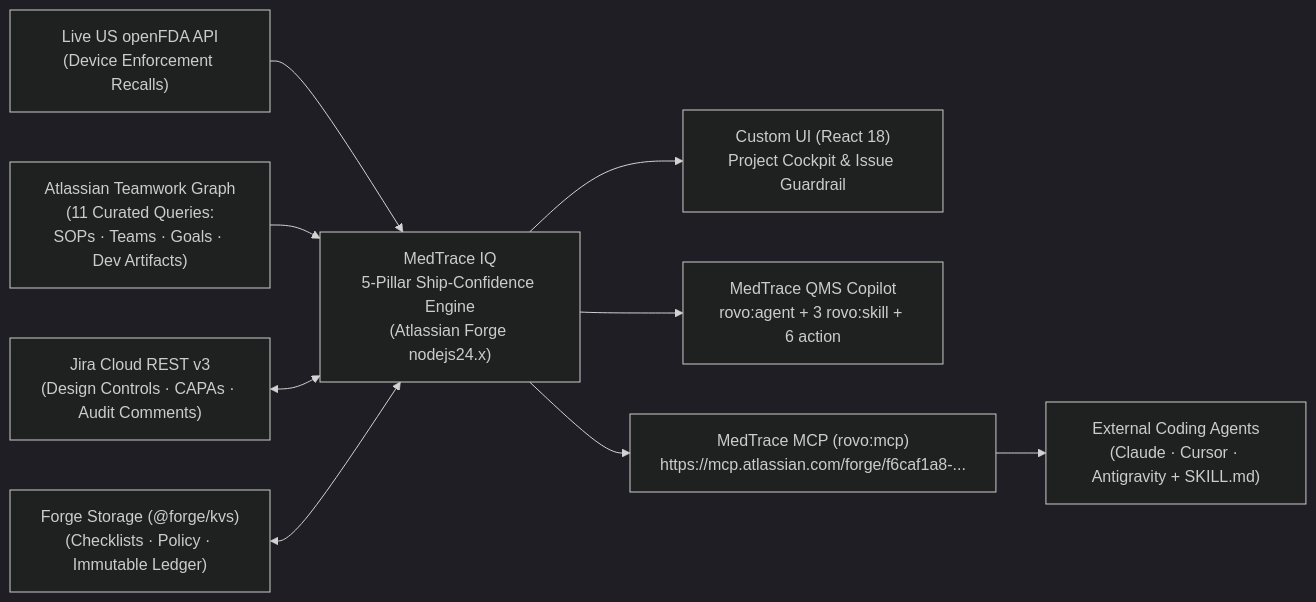
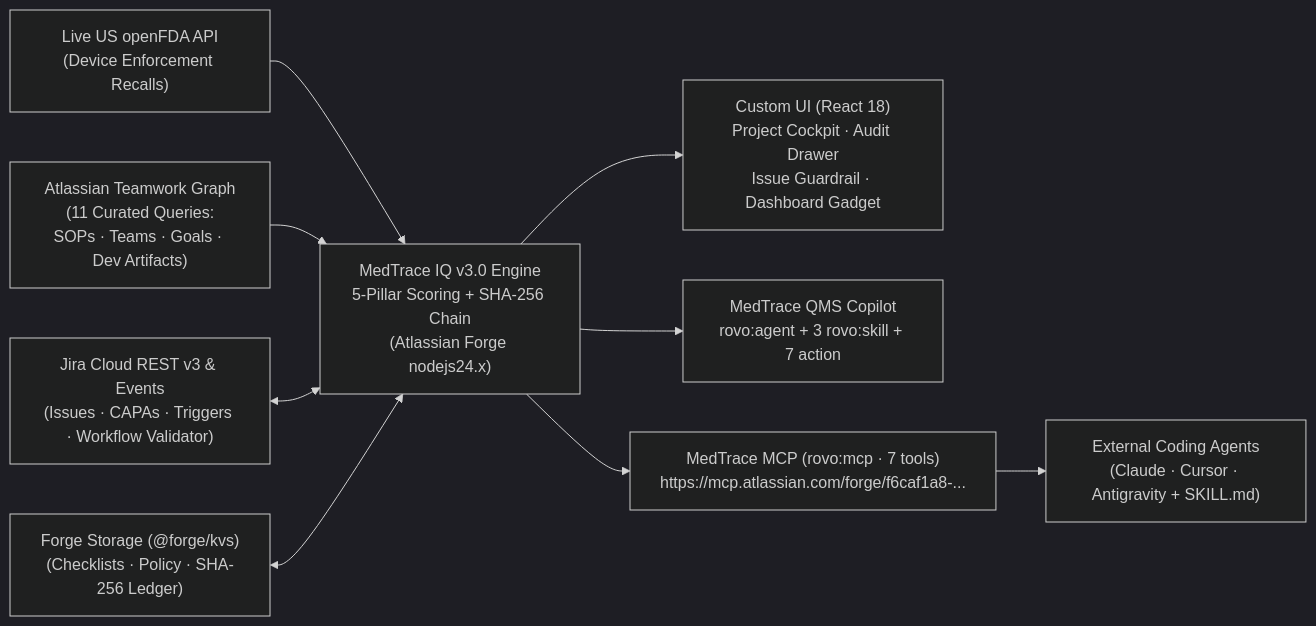
The diagram in README.md (orvenant/medtrace-iq), drawn with Mermaid (dark theme) before and after one commit. The commit also changed other lines of this file and 27 other files, not shown here.

Commit message:
feat(v3.0.0): autonomous openFDA trigger, 21 CFR Part 11 SHA-256 chain, workflow release gate, executive gadget, risk matrix & audit drawer

````diff
--- a/README.md
+++ b/README.md
@@ -64,11 +70,11 @@
 ```mermaid
 flowchart LR
-  FDA["Live US openFDA API\n(Device Enforcement Recalls)"] --> ENG["MedTrace IQ\n5-Pillar Ship-Confidence Engine\n(Atlassian Forge nodejs24.x)"]
+  FDA["Live US openFDA API\n(Device Enforcement Recalls)"] --> ENG["MedTrace IQ v3.0 Engine\n5-Pillar Scoring + SHA-256 Chain\n(Atlassian Forge nodejs24.x)"]
   TWG["Atlassian Teamwork Graph\n(11 Curated Queries:\nSOPs · Teams · Goals · Dev Artifacts)"] --> ENG
-  JIRA["Jira Cloud REST v3\n(Design Controls · CAPAs · Audit Comments)"] <--> ENG
-  KVS["Forge Storage (@forge/kvs)\n(Checklists · Policy · Immutable Ledger)"] <--> ENG
-  ENG --> UI["Custom UI (React 18)\nProject Cockpit & Issue Guardrail"]
-  ENG --> ROVO["MedTrace QMS Copilot\nrovo:agent + 3 rovo:skill + 6 action"]
-  ENG --> MCP["MedTrace MCP (rovo:mcp)\nhttps://mcp.atlassian.com/forge/f6caf1a8-..."]
+  JIRA["Jira Cloud REST v3 & Events\n(Issues · CAPAs · Triggers · Workflow Validator)"] <--> ENG
+  KVS["Forge Storage (@forge/kvs)\n(Checklists · Policy · SHA-256 Ledger)"] <--> ENG
+  ENG --> UI["Custom UI (React 18)\nProject Cockpit · Audit Drawer\nIssue Guardrail · Dashboard Gadget"]
+  ENG --> ROVO["MedTrace QMS Copilot\nrovo:agent + 3 rovo:skill + 7 action"]
+  ENG --> MCP["MedTrace MCP (rovo:mcp · 7 tools)\nhttps://mcp.atlassian.com/forge/f6caf1a8-..."]
   MCP --> EXT["External Coding Agents\n(Claude · Cursor · Antigravity + SKILL.md)"]
 ```
````
